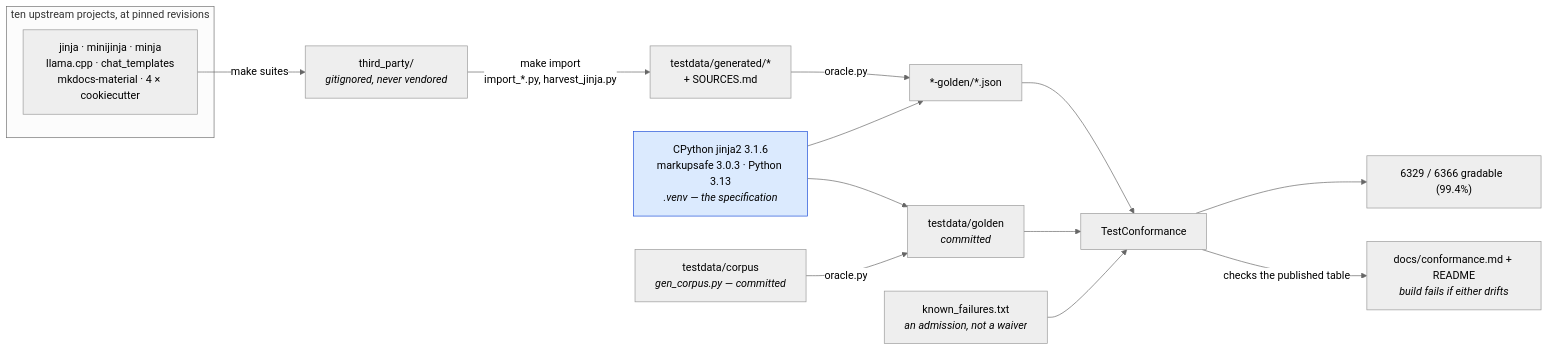
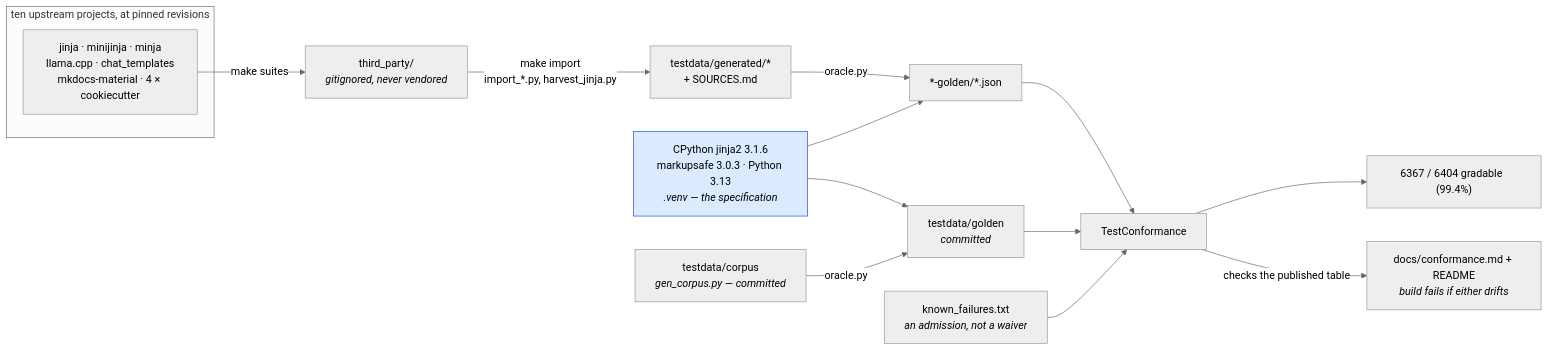
One commit to mgilbir/gojja2 changed the first of 2 diagrams in docs/conformance.md. Above: the diagram before and after it, drawn with Mermaid (neutral theme). The commit also changed other lines of this file and 120 other files, not shown here.

````diff
--- a/docs/conformance.md
+++ b/docs/conformance.md
@@ -17,24 +17,24 @@
 ```mermaid
 flowchart LR
     subgraph up["ten upstream projects, at pinned revisions"]
         U1["jinja · minijinja · minja<br/>llama.cpp · chat_templates<br/>mkdocs-material · 4 × cookiecutter"]
     end
     U1 -->|"make suites"| TP["third_party/<br/><i>gitignored, never vendored</i>"]
     TP -->|"make import<br/>import_*.py, harvest_jinja.py"| GEN["testdata/generated/*<br/>+ SOURCES.md"]
 
     ORA["CPython jinja2 3.1.6<br/>markupsafe 3.0.3 · Python 3.13<br/><i>.venv — the specification</i>"]
     GEN -->|"oracle.py"| G2["*-golden/*.json"]
     ORA --> G2
 
     OWN["testdata/corpus<br/><i>gen_corpus.py — committed</i>"] -->|"oracle.py"| G1["testdata/golden<br/><i>committed</i>"]
     ORA --> G1
 
     G1 --> TC["TestConformance"]
     G2 --> TC
     KF["known_failures.txt<br/><i>an admission, not a waiver</i>"] --> TC
-    TC --> RATE["6329 / 6366 gradable  (99.4%)"]
+    TC --> RATE["6367 / 6404 gradable  (99.4%)"]
     TC -->|"checks the published table"| RM["docs/conformance.md + README<br/><i>build fails if either drifts</i>"]
 
     classDef spec fill:#dbeafe,stroke:#1d4ed8,color:#000
     class ORA spec
 ```
````
